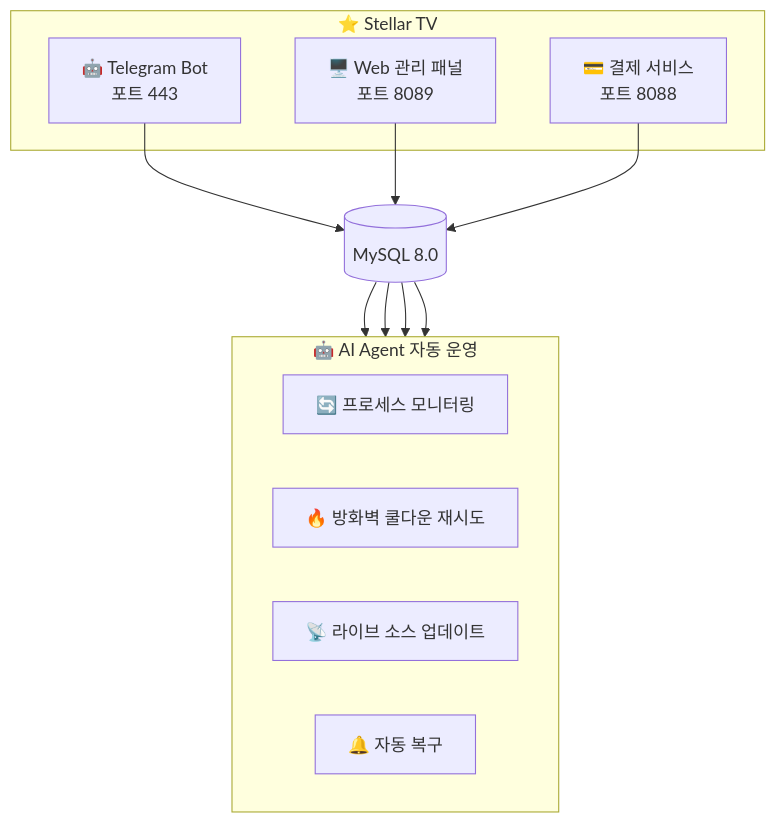
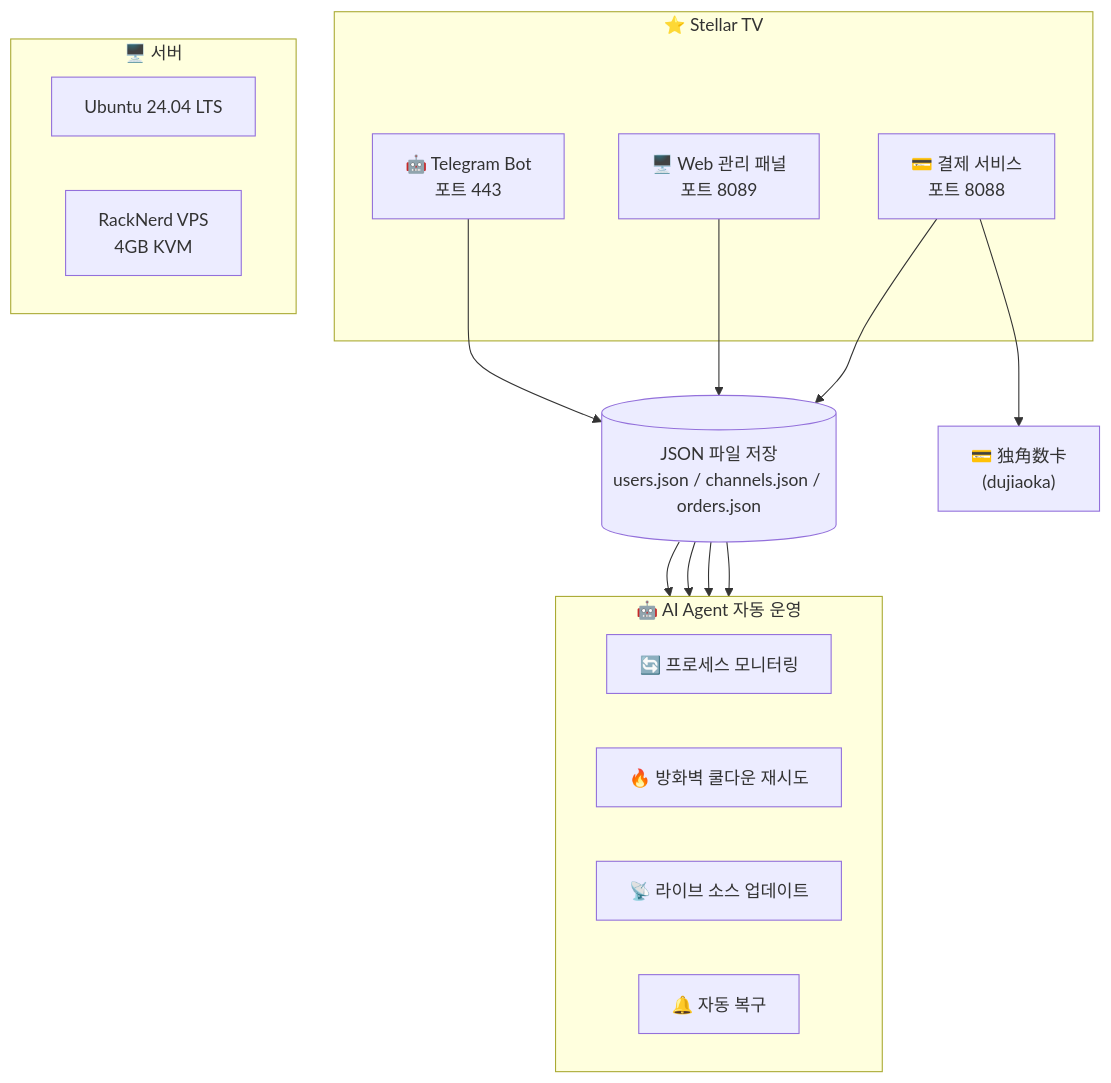
One commit to xkmuzili/starchen-iptv changed the diagram in README_KO.md. Above: the diagram before and after it, drawn with Mermaid. The commit also changed other lines of this file and 4 other files, not shown here.

````diff
--- a/README_KO.md
+++ b/README_KO.md
@@ -130,25 +130,33 @@
 ```mermaid
 graph TB
     subgraph StellarTV["⭐ Stellar TV"]
         Bot["🤖 Telegram Bot<br/>포트 443"]
         Web["🖥️ Web 관리 패널<br/>포트 8089"]
         Pay["💳 결제 서비스<br/>포트 8088"]
     end
 
-    Bot --> DB[("MySQL 8.0")]
+    Bot --> DB[("JSON 파일 저장<br/>users.json / channels.json / orders.json")]
     Web --> DB
     Pay --> DB
+
+    Pay --> PG["💳 独角数卡<br/>(dujiaoka)"]
+
+    subgraph Server["🖥️ 서버"]
+        direction LR
+        OS["Ubuntu 24.04 LTS"]
+        VPS["RackNerd VPS<br/>4GB KVM"]
+    end
 
     subgraph AIAgent["🤖 AI Agent 자동 운영"]
         direction LR
         E["🔄 프로세스 모니터링"]
         F["🔥 방화벽 쿨다운 재시도"]
         G["📡 라이브 소스 업데이트"]
         H["🔔 자동 복구"]
     end
 
     DB --> E
     DB --> F
     DB --> G
     DB --> H
 ```
````
